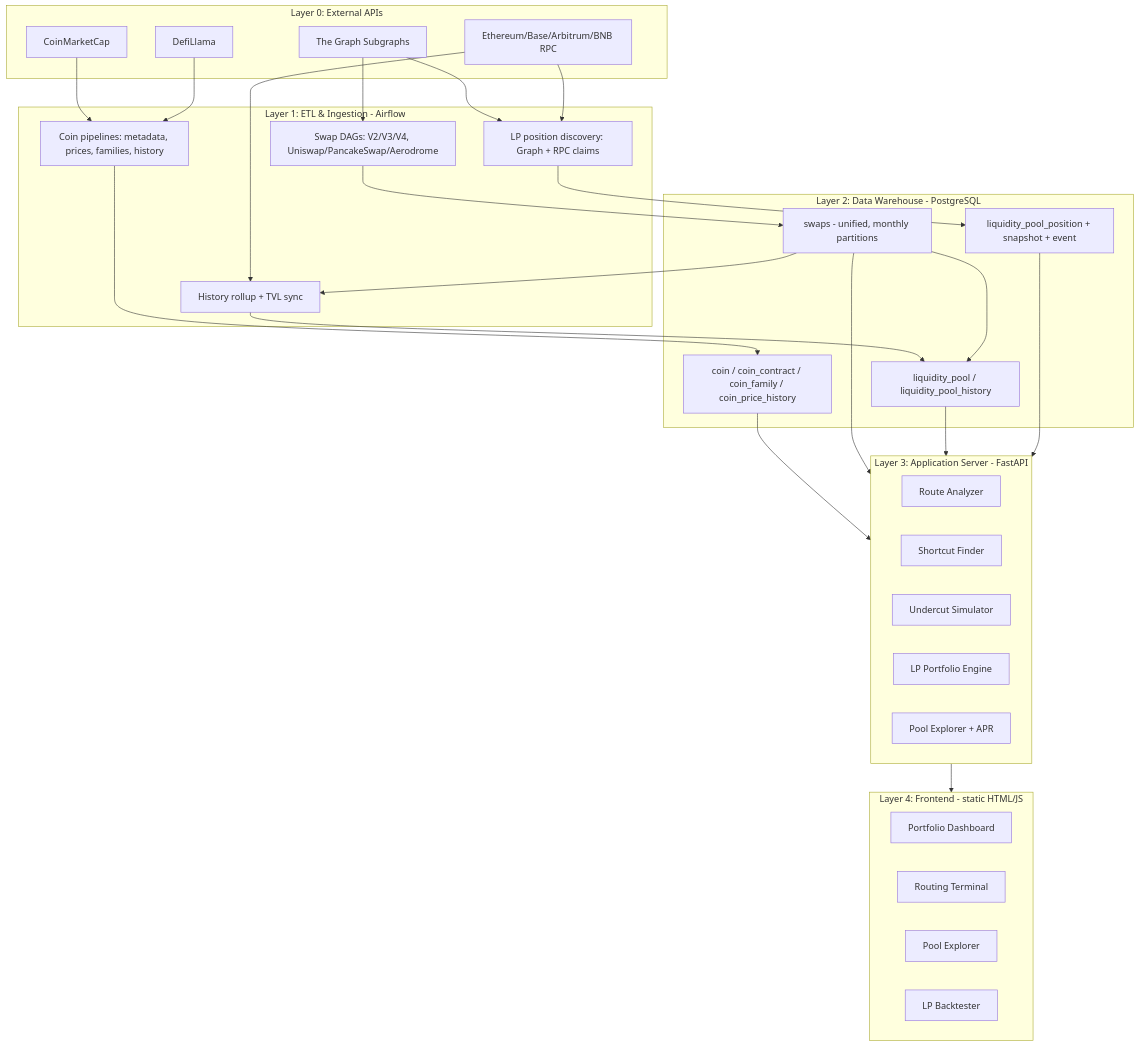
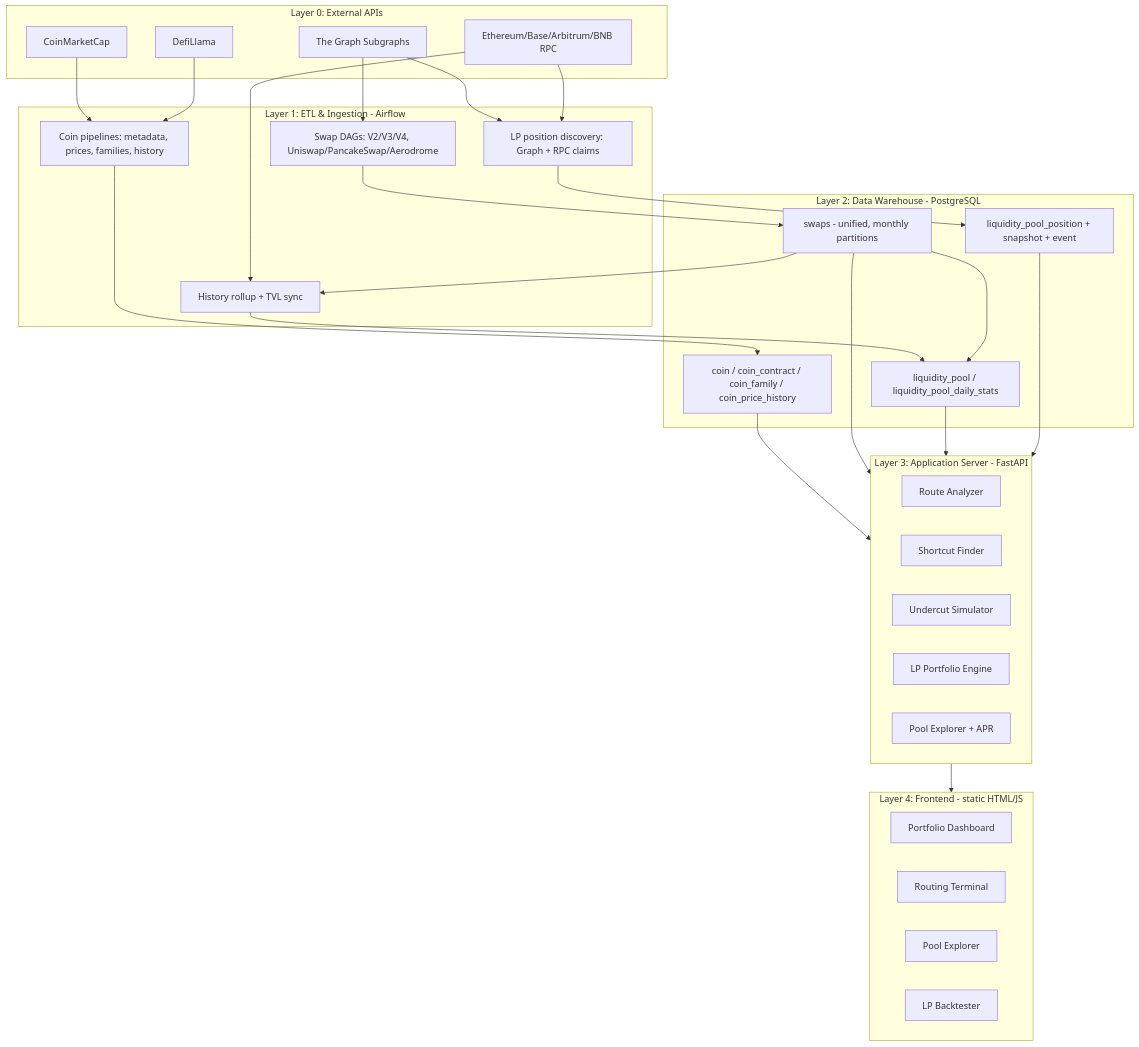
Before and after one commit to bekisz/chaintelligence: the diagram in docs/architecture.md, drawn with Mermaid. The commit also changed other lines of this file and 76 other files, not shown here.

Commit message:
feat: daily-stats window_stats/apr in object model, DAG renames to daily_stats, and routing refinements

````diff
--- a/docs/architecture.md
+++ b/docs/architecture.md
@@ -96,60 +96,60 @@
 ```mermaid
 graph TD
     subgraph Layer0 [Layer 0: External APIs]
         CMC[CoinMarketCap]
         DL[DefiLlama]
         TG[The Graph Subgraphs]
         RPC[Ethereum/Base/Arbitrum/BNB RPC]
     end
 
     subgraph Layer1 [Layer 1: ETL & Ingestion - Airflow]
         DAG_COIN[Coin pipelines: metadata, prices, families, history]
         DAG_SWAP[Swap DAGs: V2/V3/V4, Uniswap/PancakeSwap/Aerodrome]
         DAG_HIST[History rollup + TVL sync]
         DAG_LP[LP position discovery: Graph + RPC claims]
     end
 
     subgraph Layer2 [Layer 2: Data Warehouse - PostgreSQL]
         T_COIN[coin / coin_contract / coin_family / coin_price_history]
-        T_POOL[liquidity_pool / liquidity_pool_history]
+        T_POOL[liquidity_pool / liquidity_pool_daily_stats]
         T_POS[liquidity_pool_position + snapshot + event]
         T_SWAP[swaps - unified, monthly partitions]
     end
 
     subgraph Layer3 [Layer 3: Application Server - FastAPI]
         API_ROUTE[Route Analyzer]
         API_SHORT[Shortcut Finder]
         API_UNDER[Undercut Simulator]
         API_LP[LP Portfolio Engine]
         API_POOL[Pool Explorer + APR]
     end
 
     subgraph Layer4 [Layer 4: Frontend - static HTML/JS]
         UI_DASH[Portfolio Dashboard]
         UI_ROUTE[Routing Terminal]
         UI_POOL[Pool Explorer]
         UI_BACK[LP Backtester]
     end
 
     CMC --> DAG_COIN
     DL --> DAG_COIN
     TG --> DAG_SWAP
     TG --> DAG_LP
     RPC --> DAG_LP
     RPC --> DAG_HIST
 
     DAG_COIN --> T_COIN
     DAG_SWAP --> T_SWAP
     DAG_HIST --> T_POOL
     DAG_LP --> T_POS
 
     T_SWAP --> DAG_HIST
     T_SWAP --> T_POOL
 
     T_COIN --> Layer3
     T_SWAP --> Layer3
     T_POOL --> Layer3
     T_POS --> Layer3
 
     Layer3 --> Layer4
 ```
````
